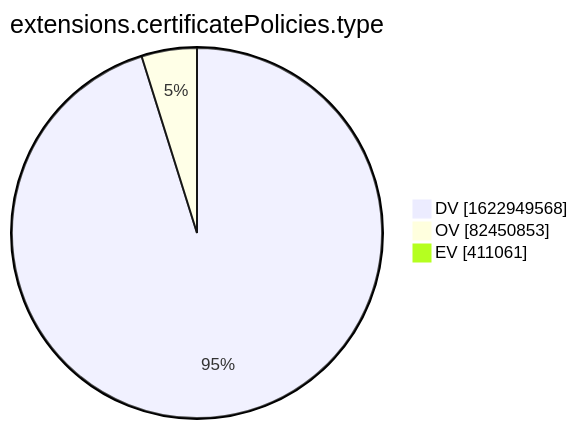
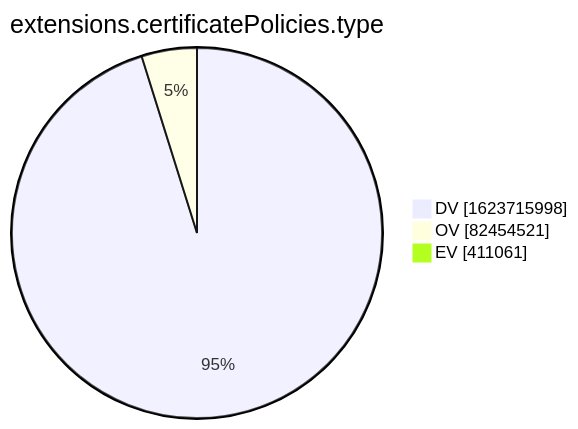
Before and after one commit to christiankrug/ctmonitor_visualization: the tenth of 15 diagrams in xenon2022/README.md, drawn with Mermaid. The commit also changed other lines of this file, not shown here.

````diff
--- a/xenon2022/README.md
+++ b/xenon2022/README.md
@@ -2878,7 +2878,7 @@
 ```mermaid
 pie showData
 title extensions.certificatePolicies.type
-"DV" :1622949568
-"OV" :82450853
+"DV" :1623715998
+"OV" :82454521
 "EV" :411061
 ```
````
